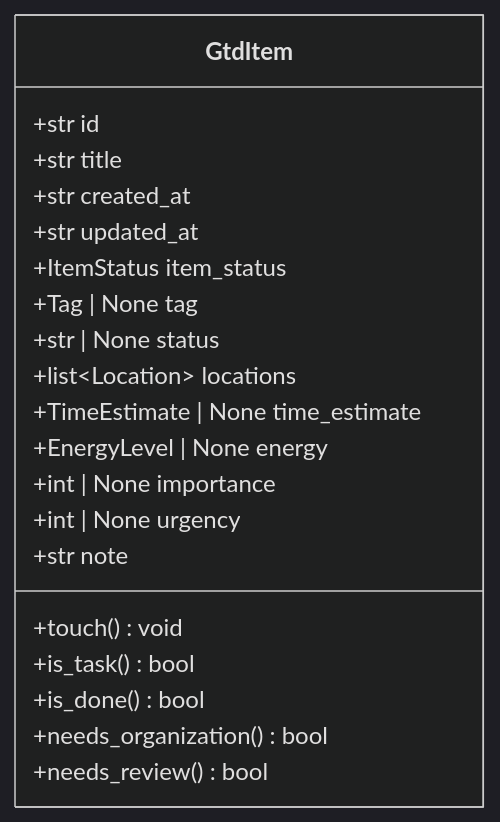
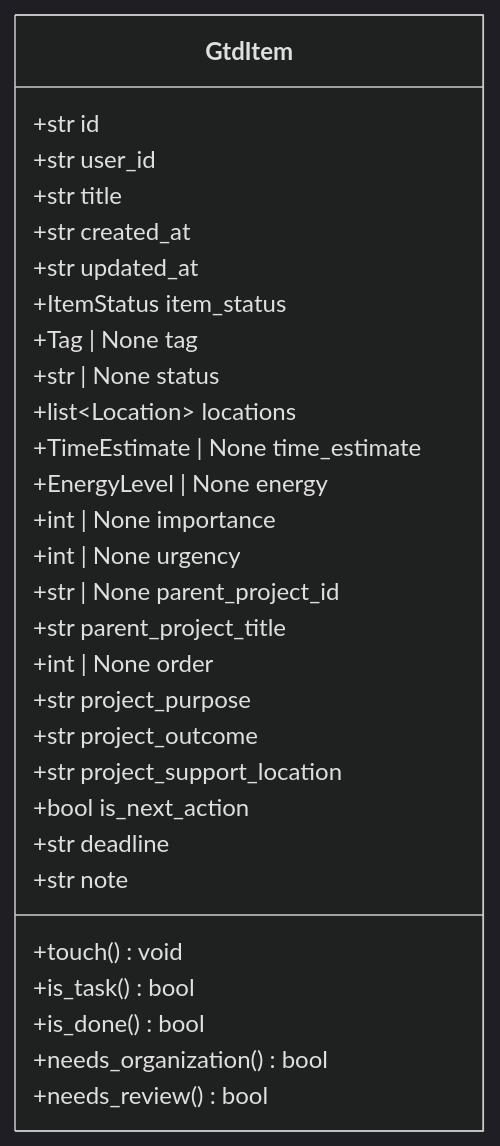
One commit to teppei19980914/Defrago changed the second of 7 diagrams in docs/design/architecture.md. Above: the diagram before and after it, drawn with Mermaid (dark theme). The commit also changed other lines of this file and 6 other files, not shown here.

````diff
--- a/docs/design/architecture.md
+++ b/docs/design/architecture.md
@@ -108,23 +110,32 @@
 ```mermaid
 classDiagram
     class GtdItem {
         +str id
+        +str user_id
         +str title
         +str created_at
         +str updated_at
         +ItemStatus item_status
         +Tag | None tag
         +str | None status
         +list~Location~ locations
         +TimeEstimate | None time_estimate
         +EnergyLevel | None energy
         +int | None importance
         +int | None urgency
+        +str | None parent_project_id
+        +str parent_project_title
+        +int | None order
+        +str project_purpose
+        +str project_outcome
+        +str project_support_location
+        +bool is_next_action
+        +str deadline
         +str note
         +touch() void
         +is_task() bool
         +is_done() bool
         +needs_organization() bool
         +needs_review() bool
     }
 ```
````
